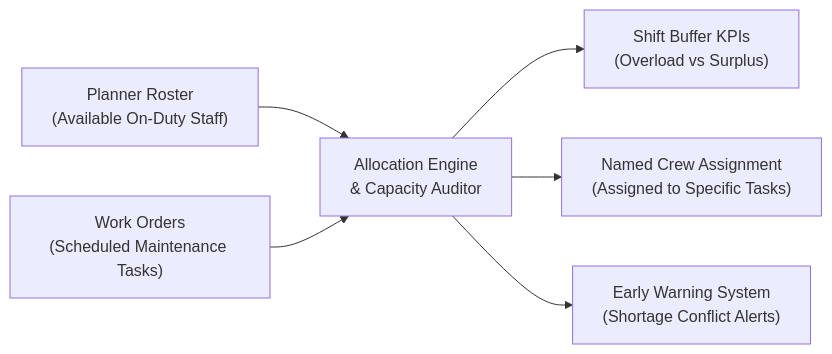
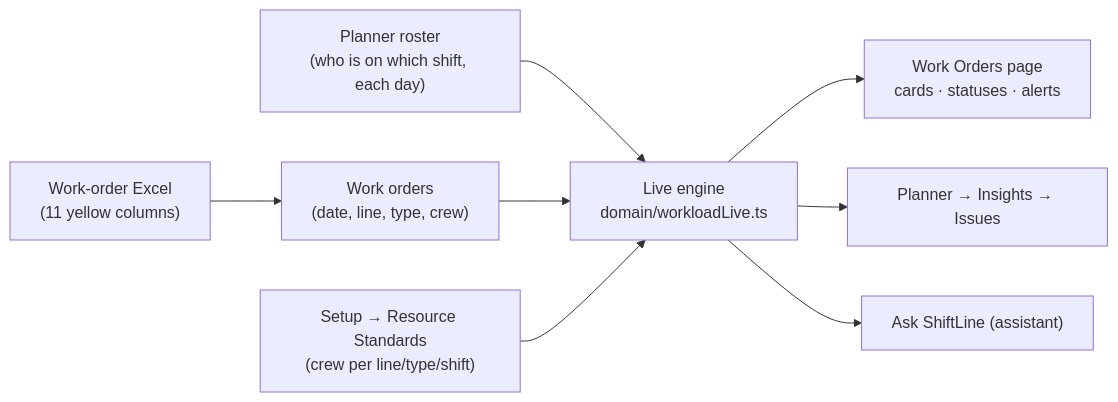
Before and after one commit to furqankazim-creator/shiftline: the diagram in WORK_ORDERS_SYSTEM_GUIDE.md, drawn with Mermaid. The commit also changed other lines of this file and 31 other files, not shown here.

````diff
--- a/WORK_ORDERS_SYSTEM_GUIDE.md
+++ b/WORK_ORDERS_SYSTEM_GUIDE.md
@@ -16,8 +9,10 @@
 ```mermaid
 flowchart LR
-    A["Planner Roster<br/>(Available On-Duty Staff)"] --> C["Allocation Engine<br/>& Capacity Auditor"]
-    B["Work Orders<br/>(Scheduled Maintenance Tasks)"] --> C
-    C --> D["Shift Buffer KPIs<br/>(Overload vs Surplus)"]
-    C --> E["Named Crew Assignment<br/>(Assigned to Specific Tasks)"]
-    C --> F["Early Warning System<br/>(Shortage Conflict Alerts)"]
+  X["Work-order Excel<br/>(11 yellow columns)"] --> W["Work orders<br/>(date, line, type, crew)"]
+  P["Planner roster<br/>(who is on which shift, each day)"] --> E["Live engine<br/>domain/workloadLive.ts"]
+  W --> E
+  S["Setup → Resource Standards<br/>(crew per line/type/shift)"] --> E
+  E --> C["Work Orders page<br/>cards · statuses · alerts"]
+  E --> I["Planner → Insights → Issues"]
+  E --> A["Ask ShiftLine (assistant)"]
 ```
````
